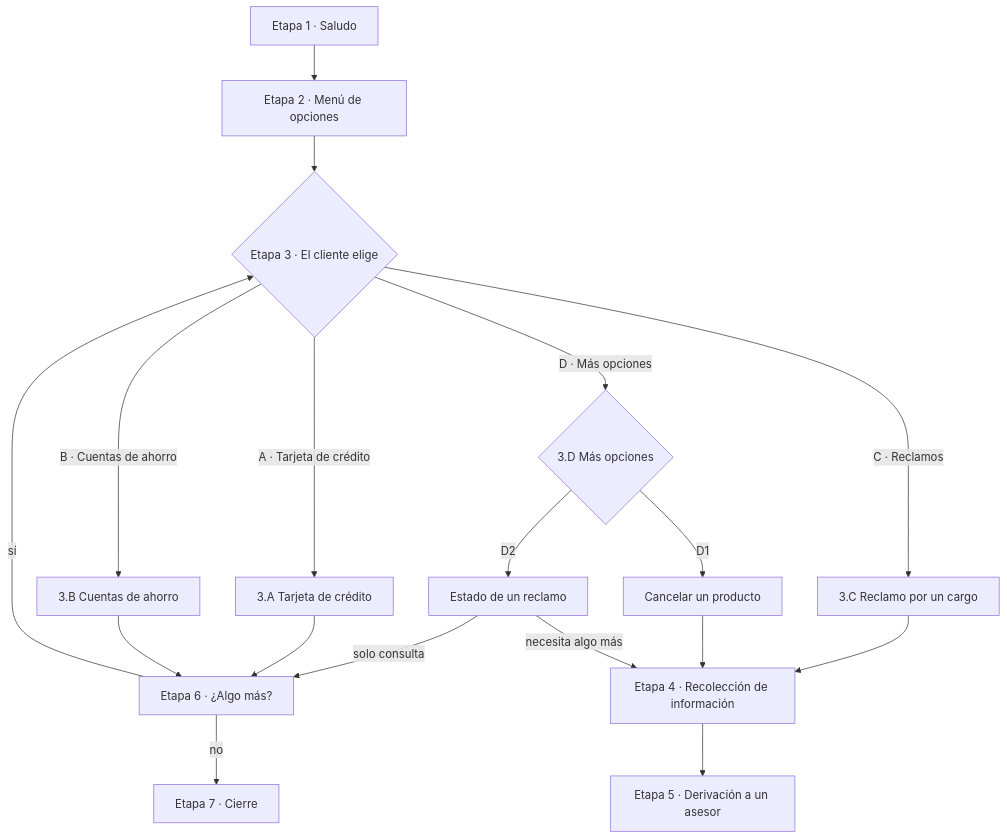
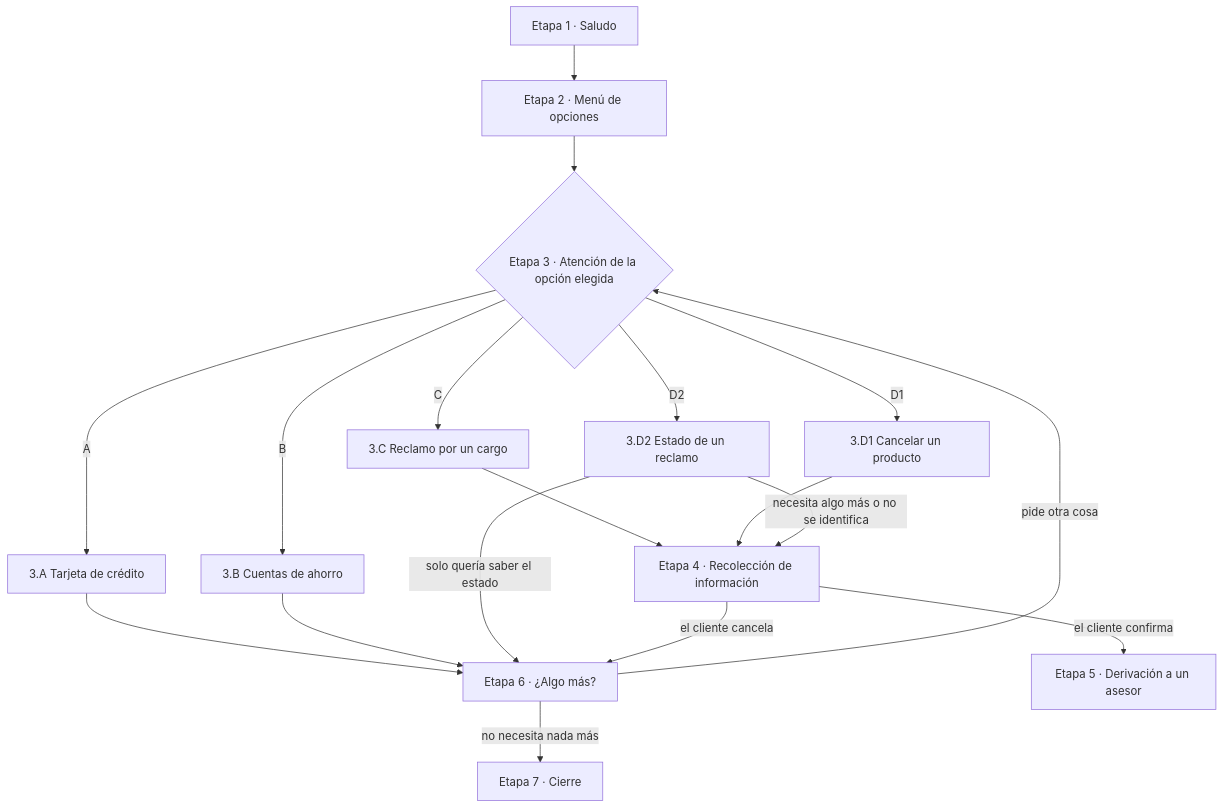
Before and after one commit to pqbas/factored-hackathon-2026-zenit: the first of 3 diagrams in docs/flujo-atencion.md, drawn with Mermaid. The commit also changed other lines of this file, not shown here.

Commit message:
Align each stage's description and steps with the flow diagram

````diff
--- a/docs/flujo-atencion.md
+++ b/docs/flujo-atencion.md
@@ -25,20 +28,20 @@
 ```mermaid
 flowchart TD
-    S["Etapa 1 · Saludo"] --> P["Etapa 2 · Menú de opciones"]
-    P --> A{"Etapa 3 · El cliente elige"}
-    A -->|A · Tarjeta de crédito| TC["3.A Tarjeta de crédito"]
-    A -->|B · Cuentas de ahorro| CA["3.B Cuentas de ahorro"]
-    A -->|C · Reclamos| R["3.C Reclamo por un cargo"]
-    A -->|D · Más opciones| D{"3.D Más opciones"}
-    D -->|D1| X["Cancelar un producto"]
-    D -->|D2| E["Estado de un reclamo"]
-    E -->|solo consulta| M
-    TC --> M["Etapa 6 · ¿Algo más?"]
-    CA --> M
-    R --> REC["Etapa 4 · Recolección de información"]
-    X --> REC
-    E -->|necesita algo más| REC
-    REC --> DV["Etapa 5 · Derivación a un asesor"]
-    M -->|sí| A
-    M -->|no| F["Etapa 7 · Cierre"]
+    E1["Etapa 1 · Saludo"] --> E2["Etapa 2 · Menú de opciones"]
+    E2 --> E3{"Etapa 3 · Atención de la opción elegida"}
+    E3 -->|A| OA["3.A Tarjeta de crédito"]
+    E3 -->|B| OB["3.B Cuentas de ahorro"]
+    E3 -->|C| OC["3.C Reclamo por un cargo"]
+    E3 -->|D1| OD1["3.D1 Cancelar un producto"]
+    E3 -->|D2| OD2["3.D2 Estado de un reclamo"]
+    OA --> E6["Etapa 6 · ¿Algo más?"]
+    OB --> E6
+    OD2 -->|solo quería saber el estado| E6
+    OC --> E4["Etapa 4 · Recolección de información"]
+    OD1 --> E4
+    OD2 -->|necesita algo más o no se identifica| E4
+    E4 -->|el cliente confirma| E5["Etapa 5 · Derivación a un asesor"]
+    E4 -->|el cliente cancela| E6
+    E6 -->|pide otra cosa| E3
+    E6 -->|no necesita nada más| E7["Etapa 7 · Cierre"]
 ```
````
